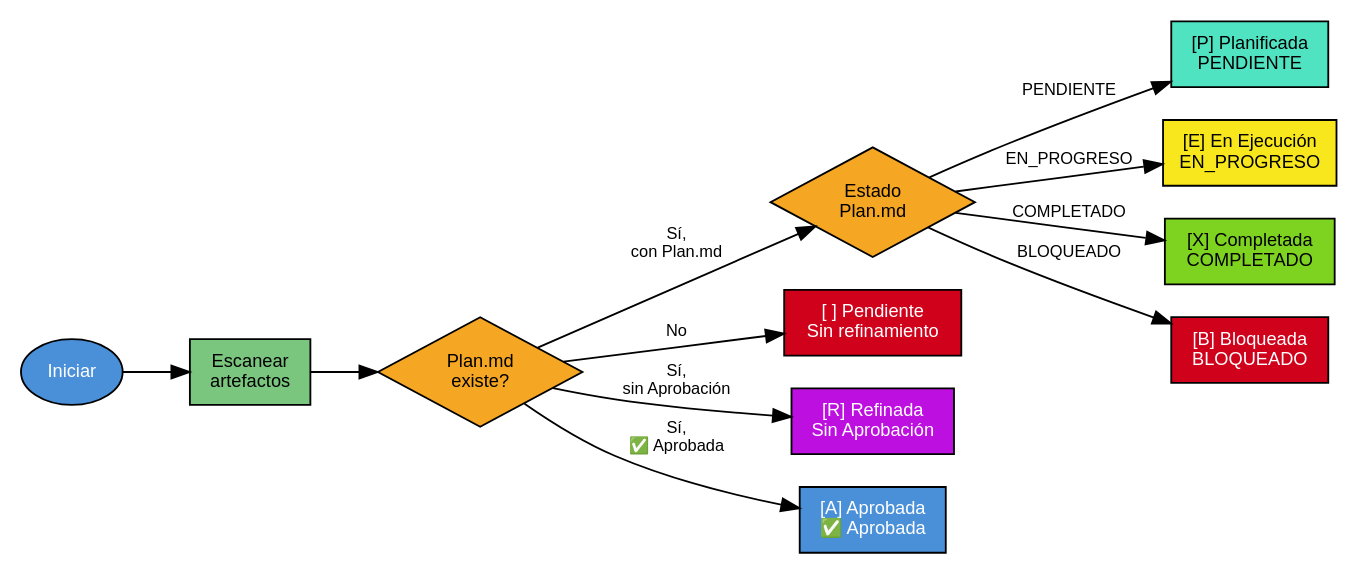
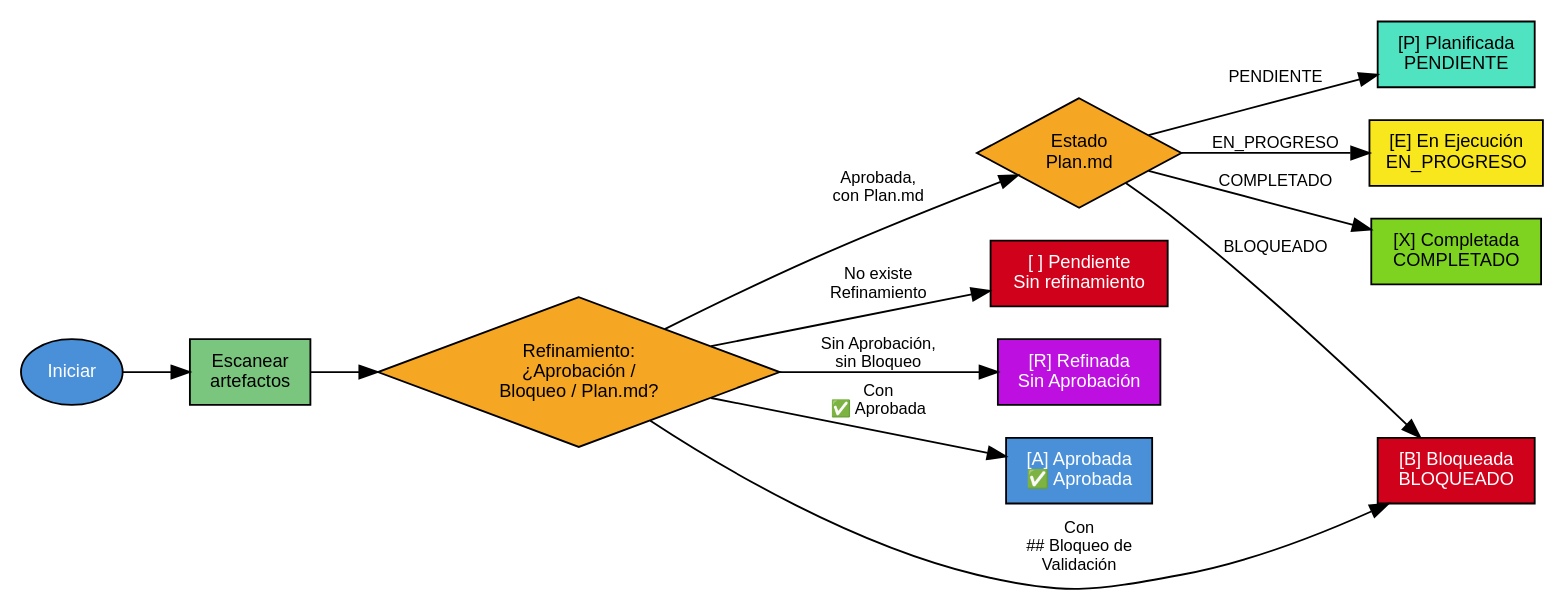
Before and after one commit to JavierDevCol/ia-dev-toolkit: the diagram in skills/sincronizar-backlog/SKILL.md, drawn with Graphviz. The commit also changed other lines of this file, not shown here.

````diff
--- a/skills/sincronizar-backlog/SKILL.md
+++ b/skills/sincronizar-backlog/SKILL.md
@@ -27,31 +27,32 @@
 ```dot
 digraph sincronizar_backlog {
   rankdir=LR;
   node [fontname="Helvetica", fontsize=10];
   edge [fontname="Helvetica", fontsize=9];
 
   start [label="Iniciar", shape=oval, style=filled, fillcolor="#4A90D9", fontcolor=white];
   scan [label="Escanear\nartefactos", shape=box, style=filled, fillcolor="#7BC67E"];
-  plan_exists [label="Plan.md\nexiste?", shape=diamond, style=filled, fillcolor="#F5A623"];
+  plan_exists [label="Refinamiento:\n¿Aprobación /\nBloqueo / Plan.md?", shape=diamond, style=filled, fillcolor="#F5A623"];
   plan_status [label="Estado\nPlan.md", shape=diamond, style=filled, fillcolor="#F5A623"];
 
   pending [label="[ ] Pendiente\nSin refinamiento", shape=box, style=filled, fillcolor="#D0021B", fontcolor=white];
   refined [label="[R] Refinada\nSin Aprobación", shape=box, style=filled, fillcolor="#BD10E0", fontcolor=white];
   approved [label="[A] Aprobada\n✅ Aprobada", shape=box, style=filled, fillcolor="#4A90D9", fontcolor=white];
   planned [label="[P] Planificada\nPENDIENTE", shape=box, style=filled, fillcolor="#50E3C2"];
   running [label="[E] En Ejecución\nEN_PROGRESO", shape=box, style=filled, fillcolor="#F8E71C"];
   done [label="[X] Completada\nCOMPLETADO", shape=box, style=filled, fillcolor="#7ED321"];
   blocked [label="[B] Bloqueada\nBLOQUEADO", shape=box, style=filled, fillcolor="#D0021B", fontcolor=white];
 
   start -> scan;
   scan -> plan_exists;
-  plan_exists -> pending [label="No"];
-  plan_exists -> refined [label="Sí,\nsin Aprobación"];
-  plan_exists -> approved [label="Sí,\n✅ Aprobada"];
-  plan_exists -> plan_status [label="Sí,\ncon Plan.md"];
+  plan_exists -> pending [label="No existe\nRefinamiento"];
+  plan_exists -> refined [label="Sin Aprobación,\nsin Bloqueo"];
+  plan_exists -> blocked [label="Con\n## Bloqueo de\nValidación"];
+  plan_exists -> approved [label="Con\n✅ Aprobada"];
+  plan_exists -> plan_status [label="Aprobada,\ncon Plan.md"];
   plan_status -> planned [label="PENDIENTE"];
   plan_status -> running [label="EN_PROGRESO"];
   plan_status -> done [label="COMPLETADO"];
   plan_status -> blocked [label="BLOQUEADO"];
 }
 ```
````
